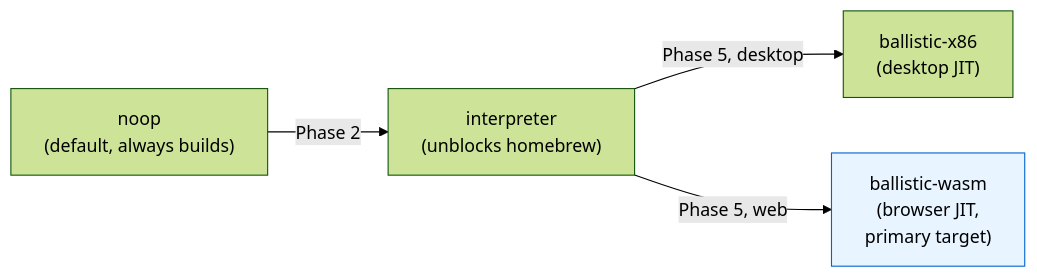
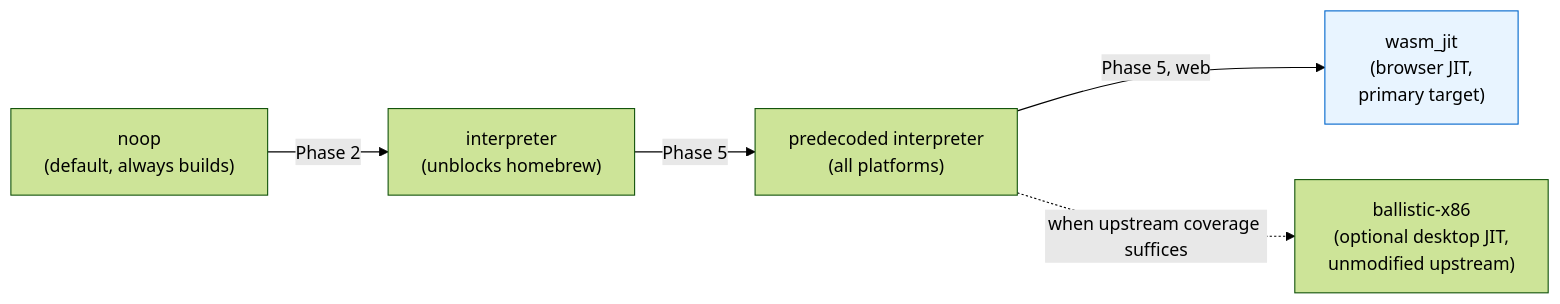
One commit to voland-emu/Voland changed the fourth of 15 diagrams in docs/DESIGN.md. Above: the diagram before and after it, drawn with Mermaid (forest theme). The commit also changed other lines of this file and 4 other files, not shown here.

First line of the commit message:
docs(cpu): specify wasm_jit, Voland's own ARM64->WASM JIT (DESIGN v3.28)

````diff
--- a/docs/DESIGN.md
+++ b/docs/DESIGN.md
@@ -935,13 +963,15 @@
 ```mermaid
 flowchart LR
     NOOP["noop<br/>(default, always builds)"]
     INT["interpreter<br/>(unblocks homebrew)"]
-    BX86["ballistic-x86<br/>(desktop JIT)"]
-    BWASM["ballistic-wasm<br/>(browser JIT,<br/>primary target)"]
+    PRE["predecoded interpreter<br/>(all platforms)"]
+    WJIT["wasm_jit<br/>(browser JIT,<br/>primary target)"]
+    BX86["ballistic-x86<br/>(optional desktop JIT,<br/>unmodified upstream)"]
 
     NOOP -->|"Phase 2"| INT
-    INT -->|"Phase 5, desktop"| BX86
-    INT -->|"Phase 5, web"| BWASM
+    INT -->|"Phase 5"| PRE
+    PRE -->|"Phase 5, web"| WJIT
+    PRE -.->|"when upstream coverage suffices"| BX86
 
-    style BWASM fill:#e8f4ff,stroke:#0066cc
+    style WJIT fill:#e8f4ff,stroke:#0066cc
 ```
````
